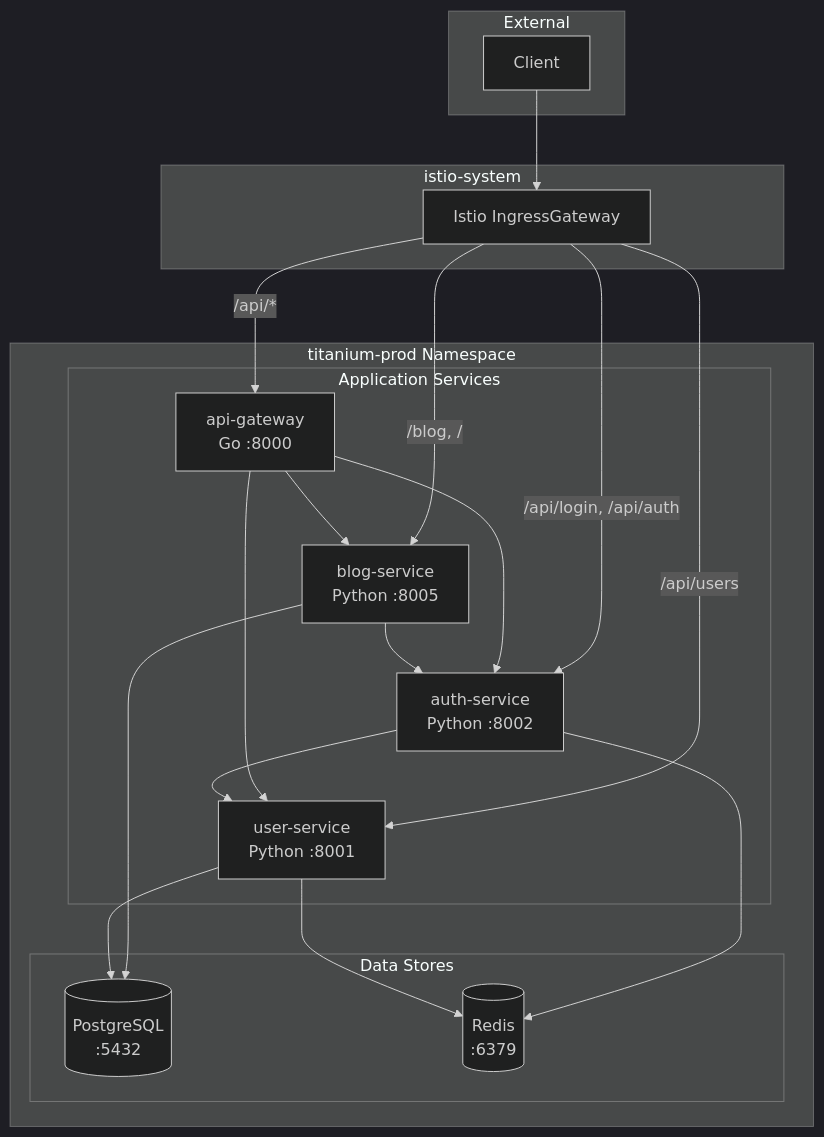
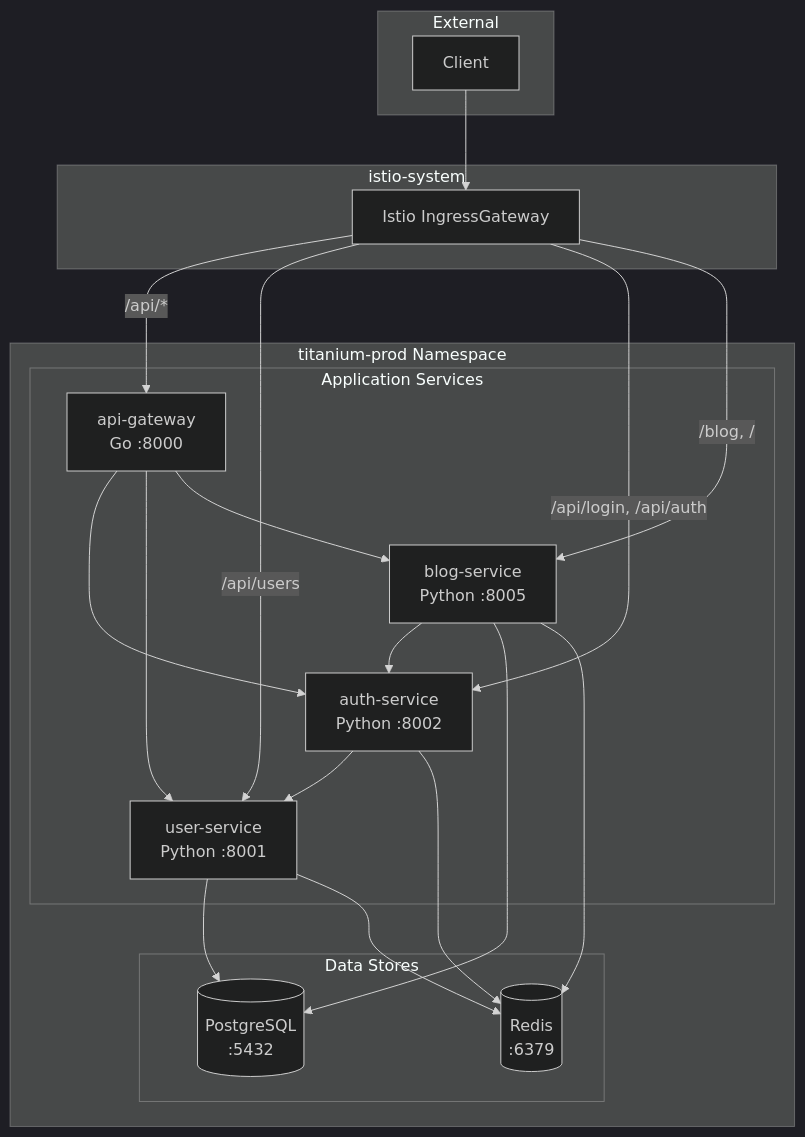
Before and after one commit to DvwN-Lee/Monitoring-v3: the fourth of 10 diagrams in docs/architecture/README.md, drawn with Mermaid (dark theme). The commit also changed other lines of this file and 15 other files, not shown here.

````diff
--- a/docs/architecture/README.md
+++ b/docs/architecture/README.md
@@ -131,41 +131,42 @@
 ```mermaid
 flowchart TB
     subgraph External
         Client[Client]
     end
 
     subgraph istio-system
         IGW[Istio IngressGateway]
     end
 
     subgraph titanium-prod["titanium-prod Namespace"]
         subgraph Services["Application Services"]
             API[api-gateway<br/>Go :8000]
             Auth[auth-service<br/>Python :8002]
             User[user-service<br/>Python :8001]
             Blog[blog-service<br/>Python :8005]
         end
 
         subgraph Data["Data Stores"]
             PG[(PostgreSQL<br/>:5432)]
             Redis[(Redis<br/>:6379)]
         end
     end
 
     Client --> IGW
     IGW -->|/api/*| API
     IGW -->|/api/users| User
     IGW -->|/api/login, /api/auth| Auth
     IGW -->|/blog, /| Blog
 
     API --> Auth
     API --> User
     API --> Blog
 
     Auth --> User
     Auth --> Redis
     Blog --> Auth
     Blog --> PG
+    Blog --> Redis
     User --> PG
     User --> Redis
 ```
````
